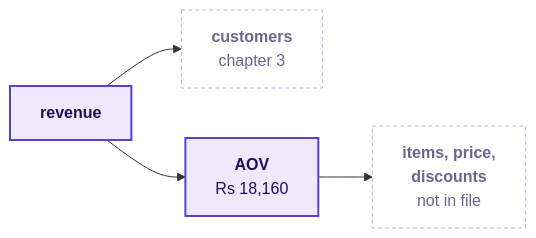
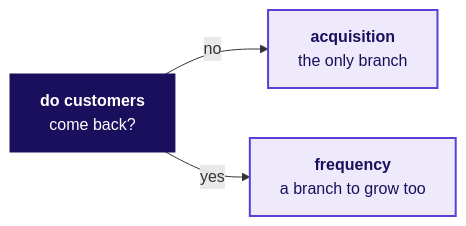
One commit to fde-academy-lab/c2-content-factory changed diagram 20 of 31 in content/W01/D1/slides/C2_W01_D01_half1_STUDENT.md. Above: the diagram before and after it, drawn with Mermaid. The commit also changed other lines of this file and 22 other files, not shown here.

````diff
--- a/content/W01/D1/slides/C2_W01_D01_half1_STUDENT.md
+++ b/content/W01/D1/slides/C2_W01_D01_half1_STUDENT.md
@@ -712,10 +1134,9 @@
 ```mermaid
 flowchart LR
-    R["<b>revenue</b>"] --> C["<b>customers</b><br/>chapter 3"]
-    R --> A["<b>AOV</b><br/>Rs 18,160"]
-    A --> I["<b>items, price,<br/>discounts</b><br/>not in file"]
+    Q["<b>do customers</b><br/>come back?"] -->|"no"| A["<b>acquisition</b><br/>the only branch"]
+    Q -->|"yes"| F["<b>frequency</b><br/>a branch to grow too"]
     classDef known fill:#EEEAFB,stroke:#5B3FD6,color:#1A0F5C,stroke-width:2px
-    classDef unknown fill:#FFFFFF,stroke:#B8B2D6,color:#6B6690,stroke-dasharray:4 3
-    class R,A known
-    class C,I unknown
+    classDef dark fill:#1A0F5C,stroke:#1A0F5C,color:#FFFFFF
+    class A,F known
+    class Q dark
 ```
````
